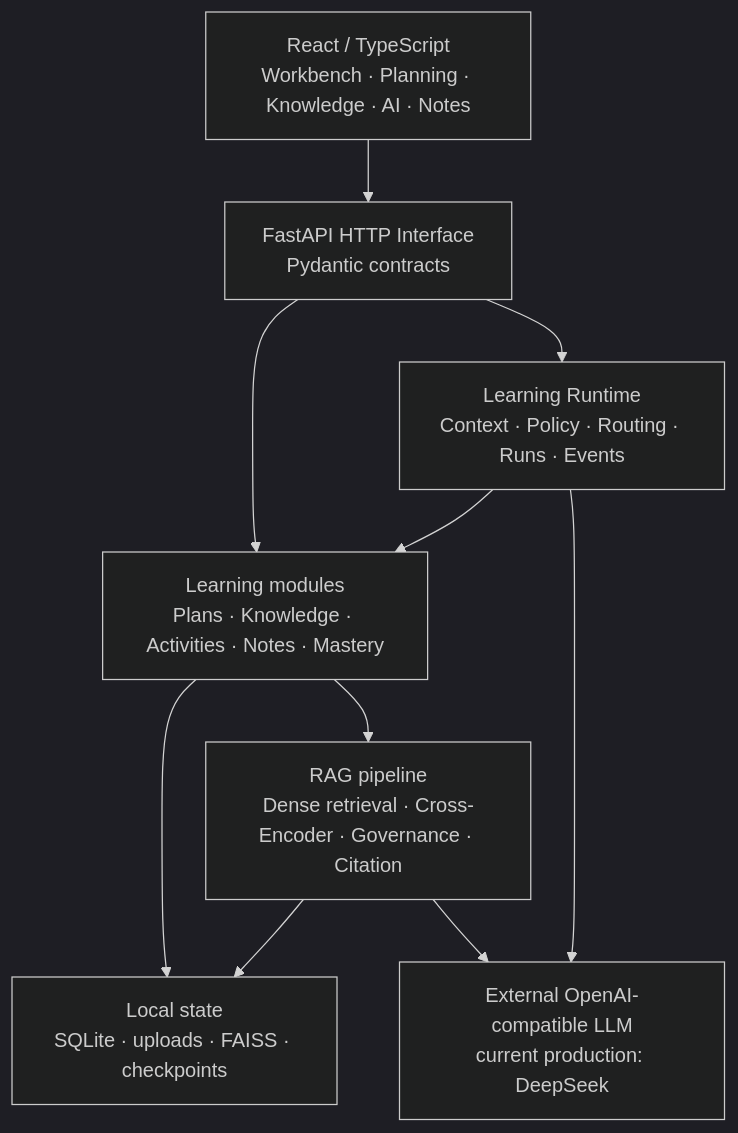
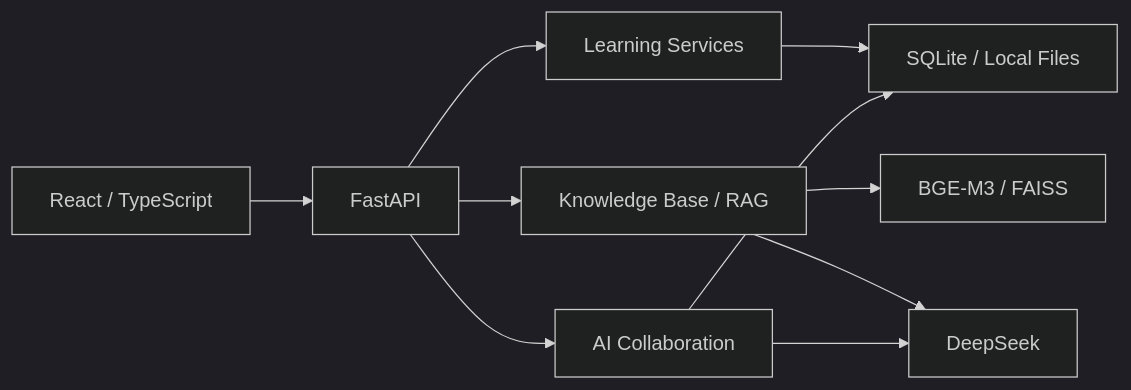
One commit to yewuyan100/LearnPilot changed the diagram in README.md. Above: the diagram before and after it, drawn with Mermaid (dark theme). The commit also changed other lines of this file, not shown here.

Commit message:
docs: simplify LearnPilot README

````diff
--- a/README.md
+++ b/README.md
@@ -120,20 +80,12 @@
 ```mermaid
-flowchart TB
-    UI["React / TypeScript\nWorkbench · Planning · Knowledge · AI · Notes"]
-    HTTP["FastAPI HTTP Interface\nPydantic contracts"]
-    DOMAIN["Learning modules\nPlans · Knowledge · Activities · Notes · Mastery"]
-    HARNESS["Learning Runtime\nContext · Policy · Routing · Runs · Events"]
-    RAG["RAG pipeline\nDense retrieval · Cross-Encoder · Governance · Citation"]
-    DATA["Local state\nSQLite · uploads · FAISS · checkpoints"]
-    LLM["External OpenAI-compatible LLM\ncurrent production: DeepSeek"]
-
-    UI --> HTTP
-    HTTP --> DOMAIN
-    HTTP --> HARNESS
-    DOMAIN --> RAG
-    HARNESS --> DOMAIN
-    DOMAIN --> DATA
-    RAG --> DATA
-    RAG --> LLM
-    HARNESS --> LLM
+flowchart LR
+    UI["React / TypeScript"] --> API["FastAPI"]
+    API --> LEARN["Learning Services"]
+    API --> RAG["Knowledge Base / RAG"]
+    API --> AI["AI Collaboration"]
+    LEARN --> DB["SQLite / Local Files"]
+    RAG --> IDX["BGE-M3 / FAISS"]
+    RAG --> LLM["DeepSeek"]
+    AI --> LLM
+    AI --> DB
 ```
````
